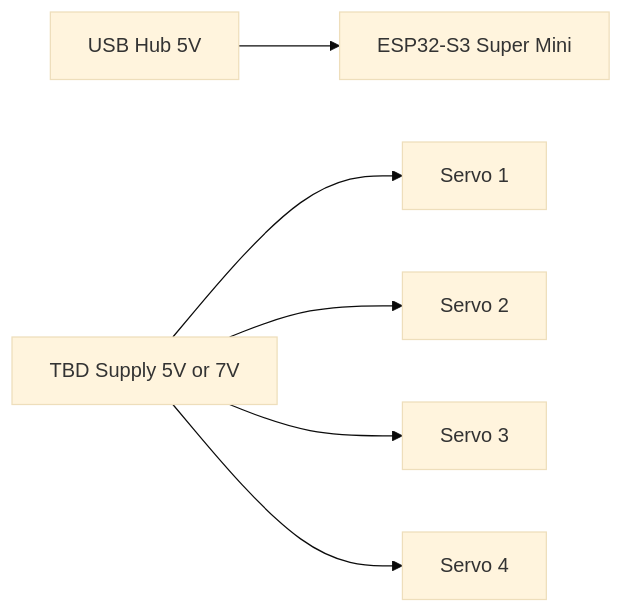
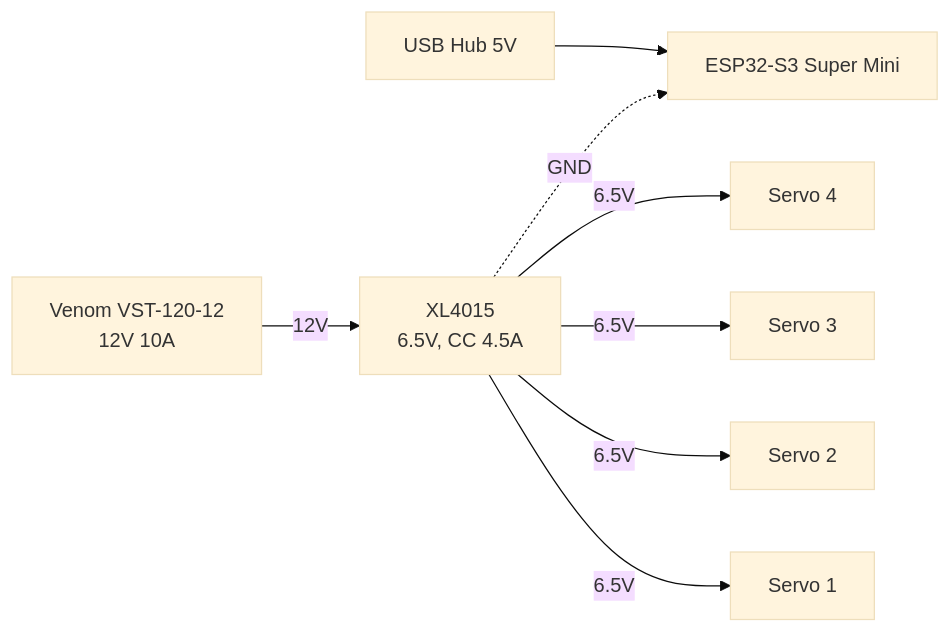
Before and after one commit to dark-neonus/Cleany_AI_Trash_Sorting_Robot: the seventh of 8 diagrams in electronics/ELECTRONICS.md, drawn with Mermaid (base theme). The commit also changed other lines of this file and 14 other files, not shown here.

````diff
--- a/electronics/ELECTRONICS.md
+++ b/electronics/ELECTRONICS.md
@@ -199,8 +230,10 @@
 ```mermaid
 flowchart LR
     HUB[USB Hub 5V] --> ESP[ESP32-S3 Super Mini]
-    PSUX[TBD Supply 5V or 7V] --> D1[Servo 1]
-    PSUX --> D2[Servo 2]
-    PSUX --> D3[Servo 3]
-    PSUX --> D4[Servo 4]
+    PSU12[Venom VST-120-12<br/>12V 10A] -->|12V| BUCK[XL4015<br/>6.5V, CC 4.5A]
+    BUCK -->|6.5V| D1[Servo 1]
+    BUCK -->|6.5V| D2[Servo 2]
+    BUCK -->|6.5V| D3[Servo 3]
+    BUCK -->|6.5V| D4[Servo 4]
+    BUCK -.->|GND| ESP
 ```
````
